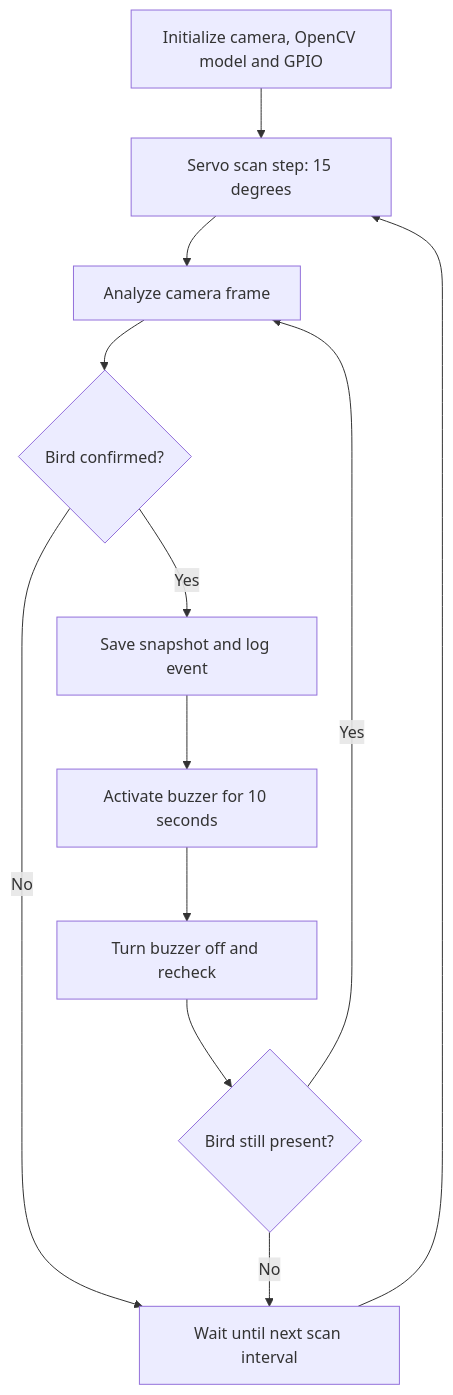
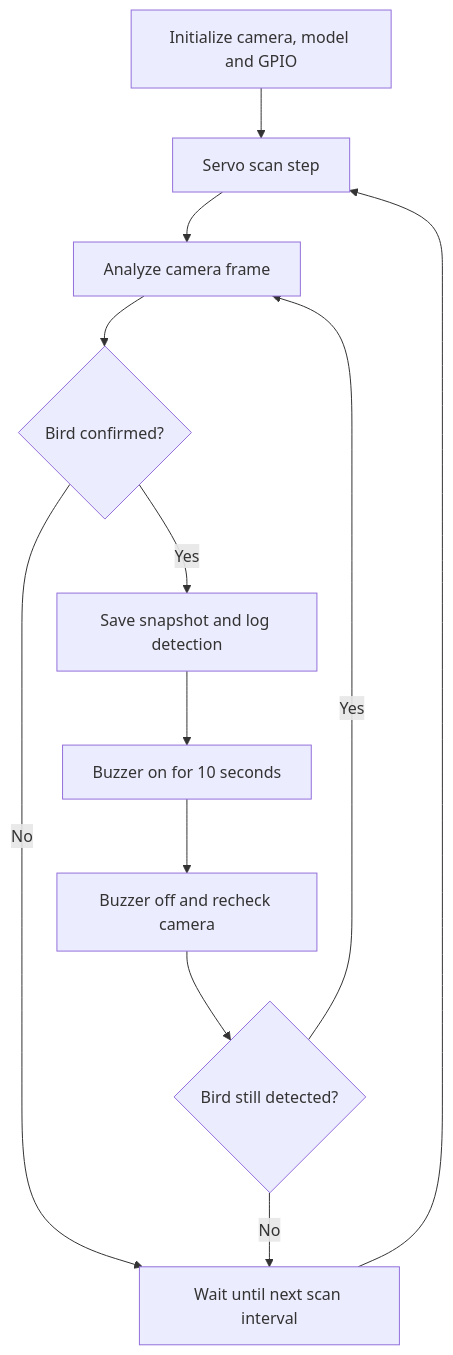
One commit to YilinW62/Automated-Bird-Deterrent-System changed the diagram in README.md. Above: the diagram before and after it, drawn with Mermaid. The commit also changed other lines of this file, not shown here.

````diff
--- a/README.md
+++ b/README.md
@@ -26,14 +35,14 @@
 ```mermaid
 flowchart TD
-    A[Initialize camera, OpenCV model and GPIO] --> B[Servo scan step: 15 degrees]
+    A[Initialize camera, model and GPIO] --> B[Servo scan step]
     B --> C[Analyze camera frame]
     C --> D{Bird confirmed?}
     D -- No --> E[Wait until next scan interval]
     E --> B
-    D -- Yes --> F[Save snapshot and log event]
-    F --> G[Activate buzzer for 10 seconds]
-    G --> H[Turn buzzer off and recheck]
-    H --> I{Bird still present?}
+    D -- Yes --> F[Save snapshot and log detection]
+    F --> G[Buzzer on for 10 seconds]
+    G --> H[Buzzer off and recheck camera]
+    H --> I{Bird still detected?}
     I -- No --> E
     I -- Yes --> C
 ```
````
